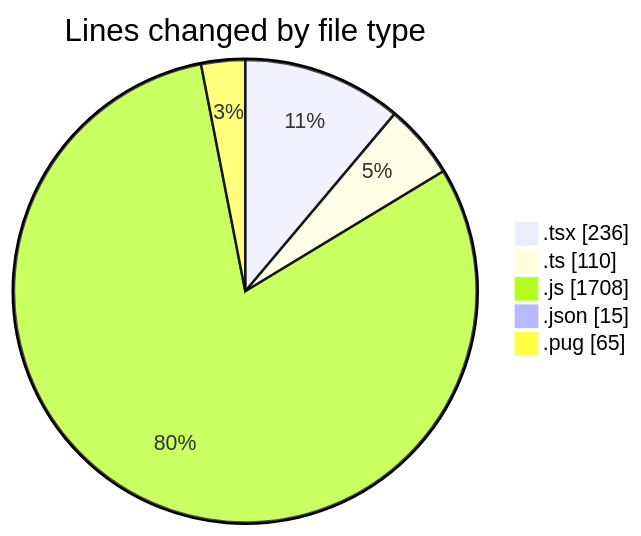
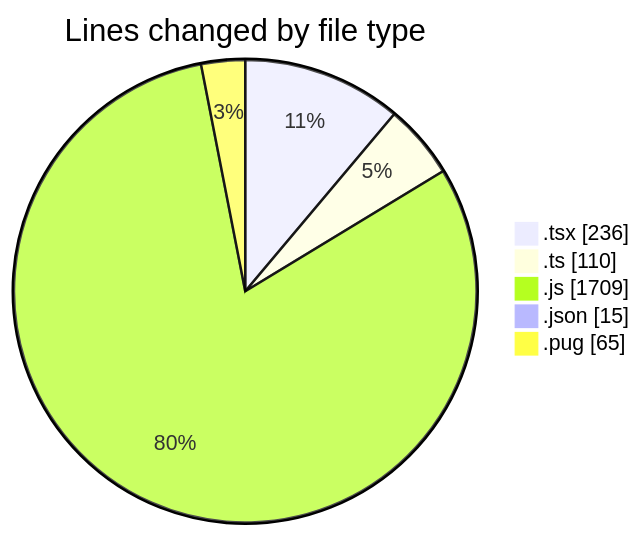
One commit to momahboobian/code-tracking changed the first of 2 diagrams in 2025-03-24/cda/README.md. Above: the diagram before and after it, drawn with Mermaid. The commit also changed other lines of this file and 1 other file, not shown here.

````diff
--- a/2025-03-24/cda/README.md
+++ b/2025-03-24/cda/README.md
@@ -30,9 +30,9 @@
 ```mermaid
 pie showData
 title Lines changed by file type
 ".tsx" : 236
 ".ts" : 110
-".js" : 1708
+".js" : 1709
 ".json" : 15
 ".pug" : 65
 ```
````
